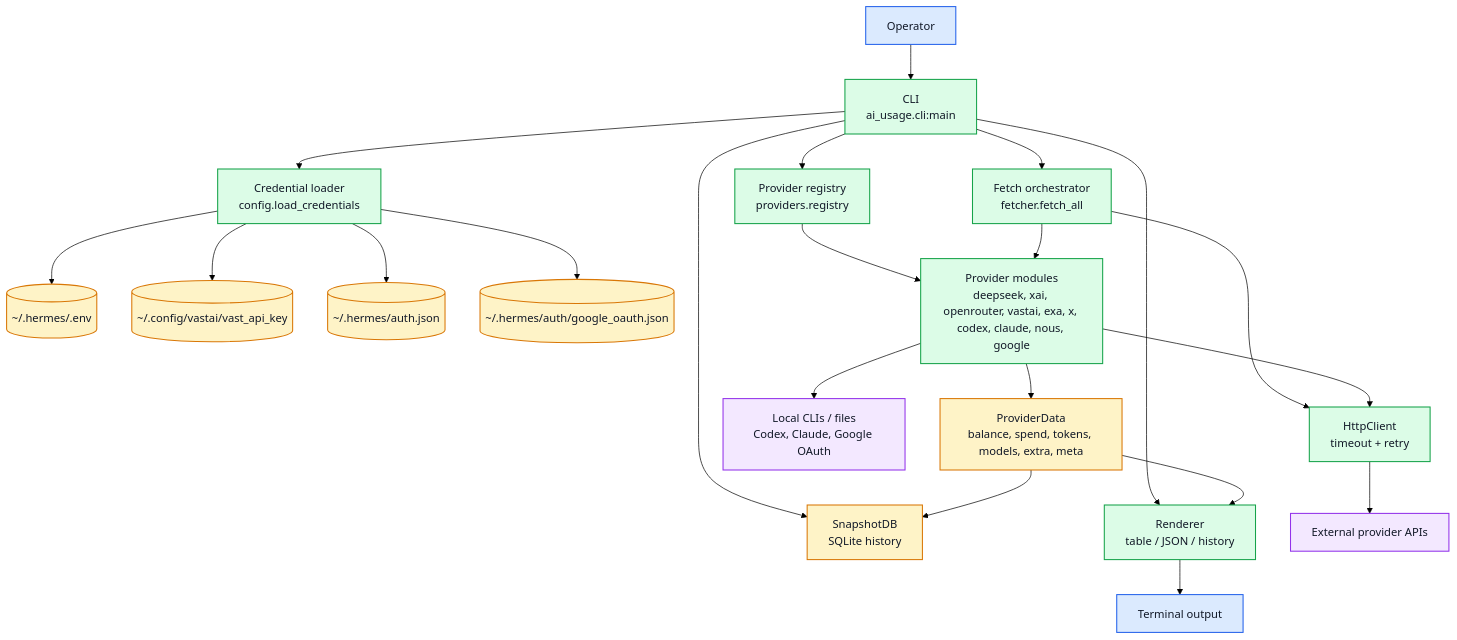
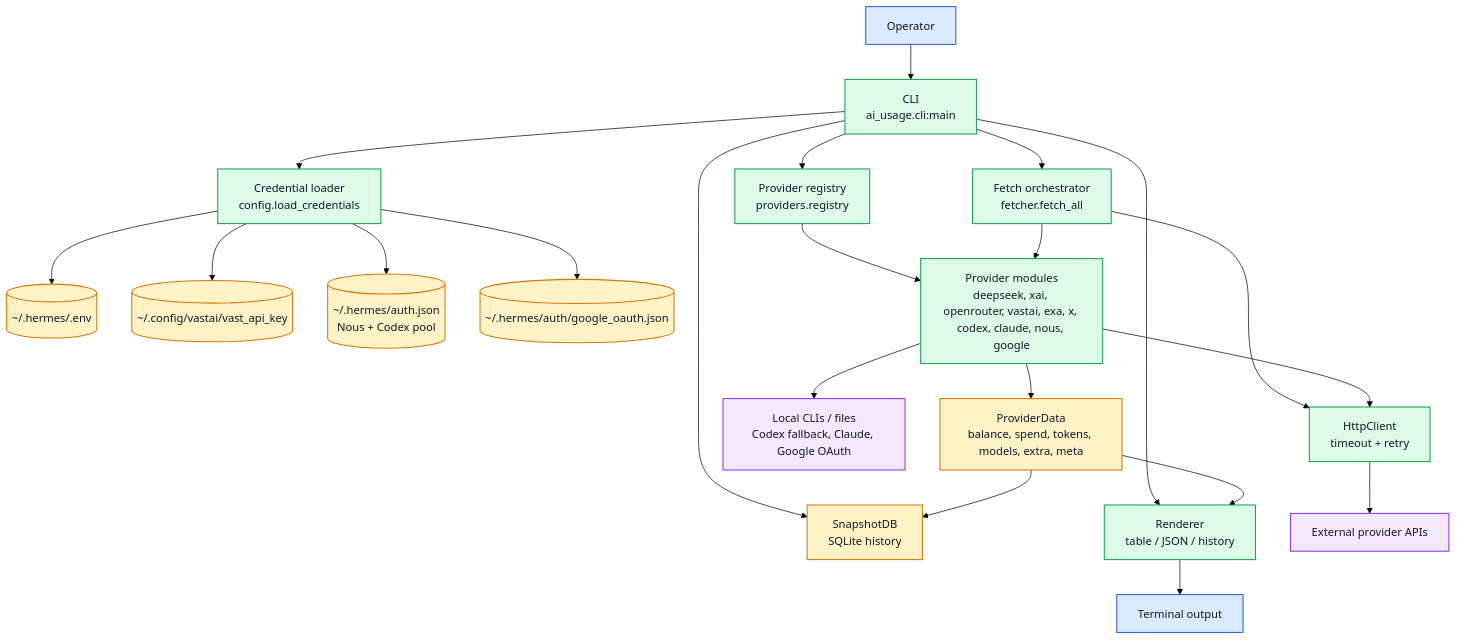
Before and after one commit to michaelnicks0/ai-usage: the first of 2 diagrams in docs/architecture.md, drawn with Mermaid (forest theme). The commit also changed other lines of this file and 46 other files, not shown here.

````diff
--- a/docs/architecture.md
+++ b/docs/architecture.md
@@ -19,33 +19,33 @@
 ```mermaid
 flowchart TB
     operator["Operator"]:::actor --> cli["CLI<br/>ai_usage.cli:main"]:::process
 
     cli --> config["Credential loader<br/>config.load_credentials"]:::process
     cli --> registry["Provider registry<br/>providers.registry"]:::process
     cli --> fetcher["Fetch orchestrator<br/>fetcher.fetch_all"]:::process
     cli --> db["SnapshotDB<br/>SQLite history"]:::datastore
     cli --> render["Renderer<br/>table / JSON / history"]:::process
 
     config --> hermesEnv[("~/.hermes/.env")]:::datastore
     config --> vastKey[("~/.config/vastai/vast_api_key")]:::datastore
-    config --> nousAuth[("~/.hermes/auth.json")]:::datastore
+    config --> nousAuth[("~/.hermes/auth.json<br/>Nous + Codex pool")]:::datastore
     config --> googleAuth[("~/.hermes/auth/google_oauth.json")]:::datastore
 
     registry --> providers["Provider modules<br/>deepseek, xai, openrouter, vastai, exa, x, codex, claude, nous, google"]:::process
     fetcher --> http["HttpClient<br/>timeout + retry"]:::process
     fetcher --> providers
     providers --> http
 
     http --> providerApis["External provider APIs"]:::external
-    providers --> localCLIs["Local CLIs / files<br/>Codex, Claude, Google OAuth"]:::external
+    providers --> localCLIs["Local CLIs / files<br/>Codex fallback, Claude, Google OAuth"]:::external
 
     providers --> normalized["ProviderData<br/>balance, spend, tokens, models, extra, meta"]:::datastore
     normalized --> db
     normalized --> render
     render --> terminal["Terminal output"]:::actor
 
     classDef actor fill:#dbeafe,stroke:#2563eb,color:#111827,stroke-width:1.5px;
     classDef process fill:#dcfce7,stroke:#16a34a,color:#111827,stroke-width:1.5px;
     classDef datastore fill:#fef3c7,stroke:#d97706,color:#111827,stroke-width:1.5px;
     classDef external fill:#f3e8ff,stroke:#9333ea,color:#111827,stroke-width:1.5px;
 ```
````
